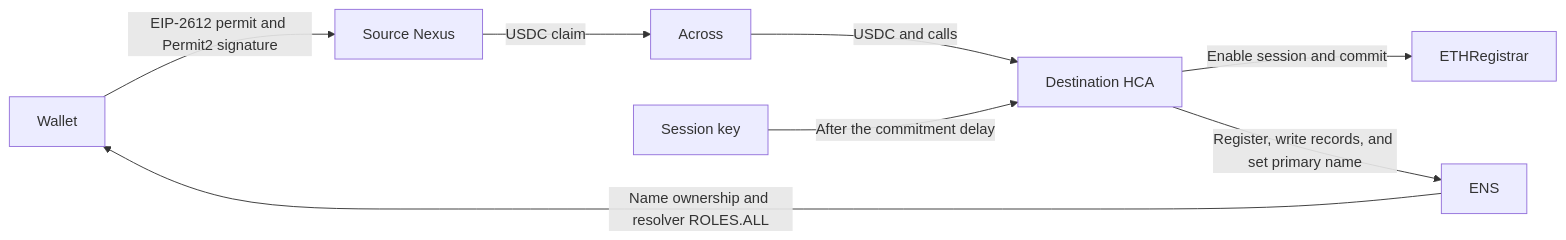
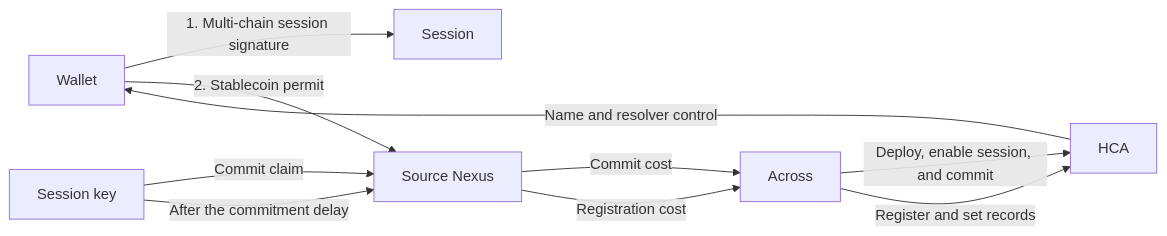
Before and after one commit to ensdomains/contracts-v2: the diagram in docs/HCA.md, drawn with Mermaid. The commit also changed other lines of this file and 12 other files, not shown here.

Commit message:
feat(hca): support stablecoin-paid sessions

````diff
--- a/docs/HCA.md
+++ b/docs/HCA.md
@@ -127,10 +153,12 @@
 ```mermaid
 flowchart LR
-    wallet["Wallet"] -->|"EIP-2612 permit and Permit2 signature"| nexus["Source Nexus"]
-    nexus -->|"USDC claim"| across["Across"]
-    across -->|"USDC and calls"| hca["Destination HCA"]
-    hca -->|"Enable session and commit"| registrar["ETHRegistrar"]
-    session["Session key"] -->|"After the commitment delay"| hca
-    hca -->|"Register, write records, and set primary name"| ens["ENS"]
-    ens -->|"Name ownership and resolver ROLES.ALL"| wallet
+    wallet["Wallet"] -->|"1. Multi-chain session signature"| session["Session"]
+    wallet -->|"2. Stablecoin permit"| nexus["Source Nexus"]
+    sessionKey["Session key"] -->|"Commit claim"| nexus
+    nexus -->|"Commit cost"| across["Across"]
+    across -->|"Deploy, enable session, and commit"| hca["HCA"]
+    sessionKey -->|"After the commitment delay"| nexus
+    nexus -->|"Registration cost"| across
+    across -->|"Register and set records"| hca
+    hca -->|"Name and resolver control"| wallet
 ```
````
